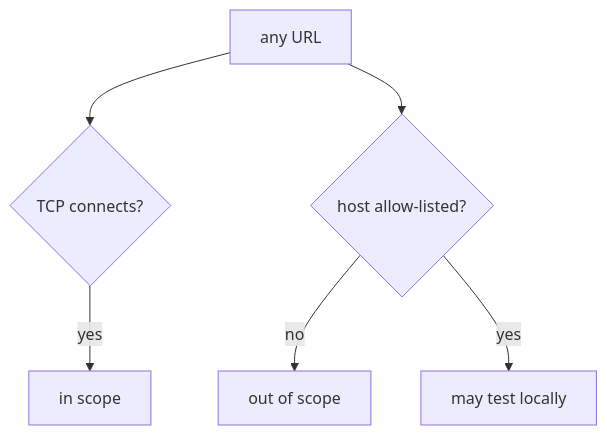
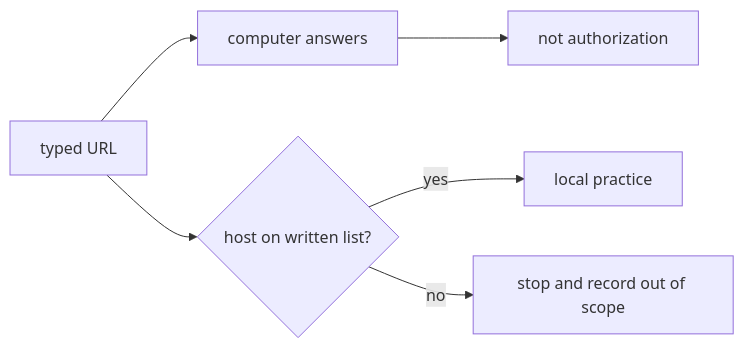
The diagram in content/modules/0/0.1/lessons/01-property.md (ishitvagoel/LearnSecurity), drawn with Mermaid before and after one commit. The commit also changed other lines of this file and 41 other files, not shown here.

````diff
--- a/content/modules/0/0.1/lessons/01-property.md
+++ b/content/modules/0/0.1/lessons/01-property.md
@@ -19,8 +14,8 @@
 ```mermaid
-flowchart TD
-  Url[any URL] --> Tcp{TCP connects?}
-  Tcp -->|yes| Belief[in scope]
-  Url --> Host{host allow-listed?}
-  Host -->|no| Deny[out of scope]
-  Host -->|yes| Ok[may test locally]
+flowchart LR
+  URL[typed URL] --> Connect[computer answers]
+  Connect --> No[not authorization]
+  URL --> List{host on written list?}
+  List -->|yes| Local[local practice]
+  List -->|no| Stop[stop and record out of scope]
 ```
````
